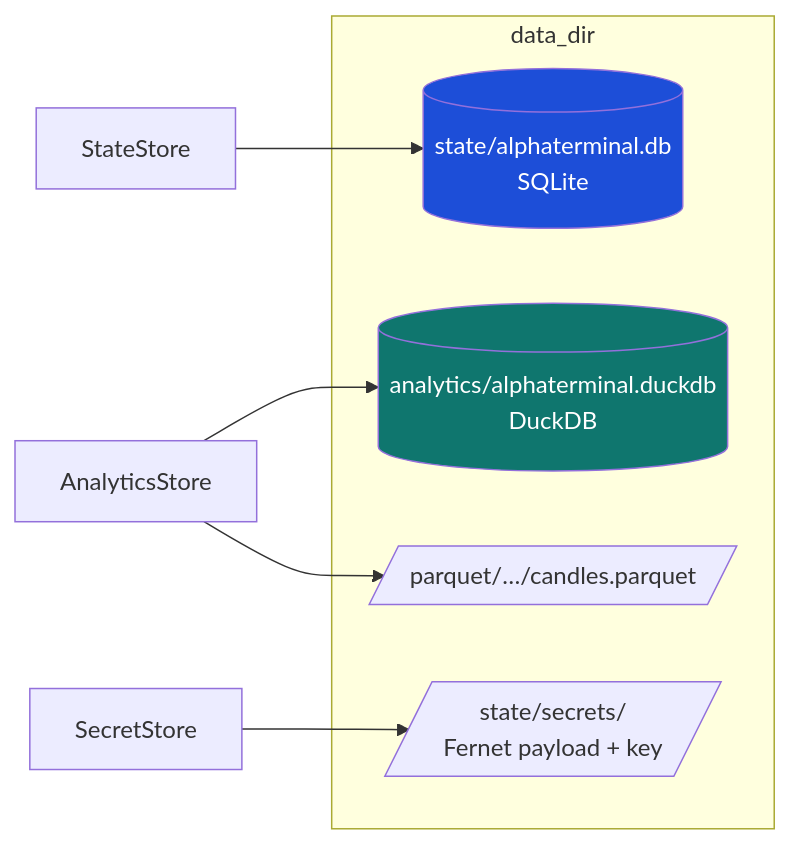
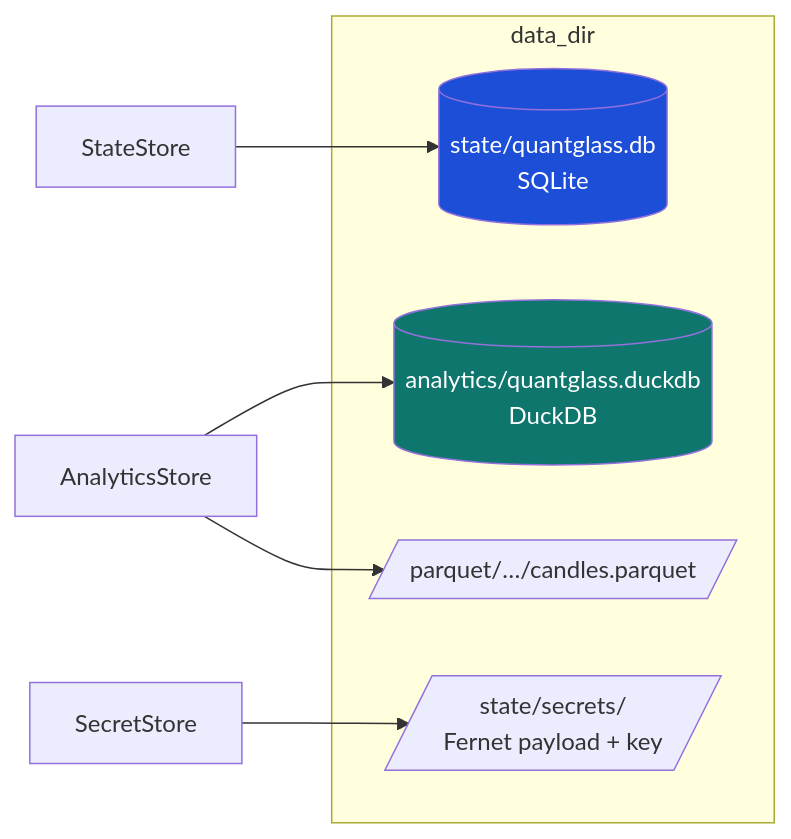
One commit to quantglass-labs/quantglass changed the diagram in docs/technical/03-data-model.md. Above: the diagram before and after it, drawn with Mermaid. The commit also changed other lines of this file and 126 other files, not shown here.

````diff
--- a/docs/technical/03-data-model.md
+++ b/docs/technical/03-data-model.md
@@ -9,15 +9,15 @@
 ```mermaid
 flowchart LR
     subgraph data_dir
-        S[(state/alphaterminal.db<br/>SQLite)]
-        D[(analytics/alphaterminal.duckdb<br/>DuckDB)]
+        S[(state/quantglass.db<br/>SQLite)]
+        D[(analytics/quantglass.duckdb<br/>DuckDB)]
         P[/parquet/…/candles.parquet/]
         K[/state/secrets/<br/>Fernet payload + key/]
     end
     A[StateStore] --> S
     B[AnalyticsStore] --> D
     B --> P
     C[SecretStore] --> K
     style S fill:#1d4ed8,color:#fff
     style D fill:#0f766e,color:#fff
 ```
````
